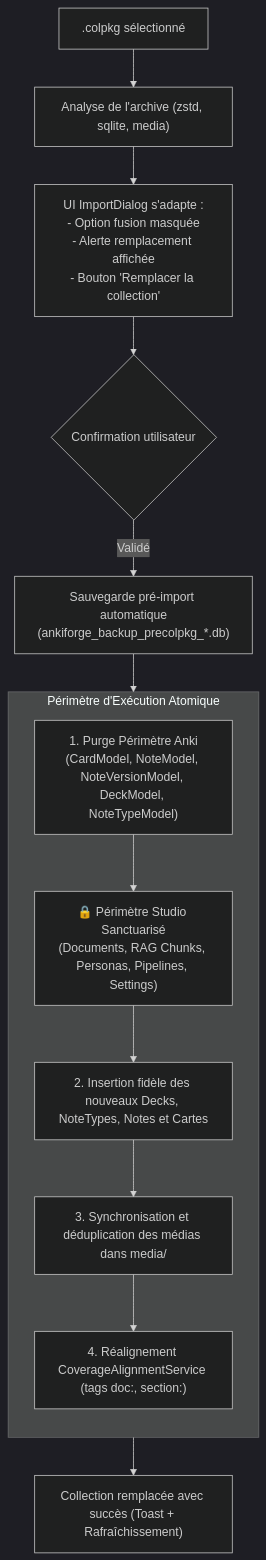
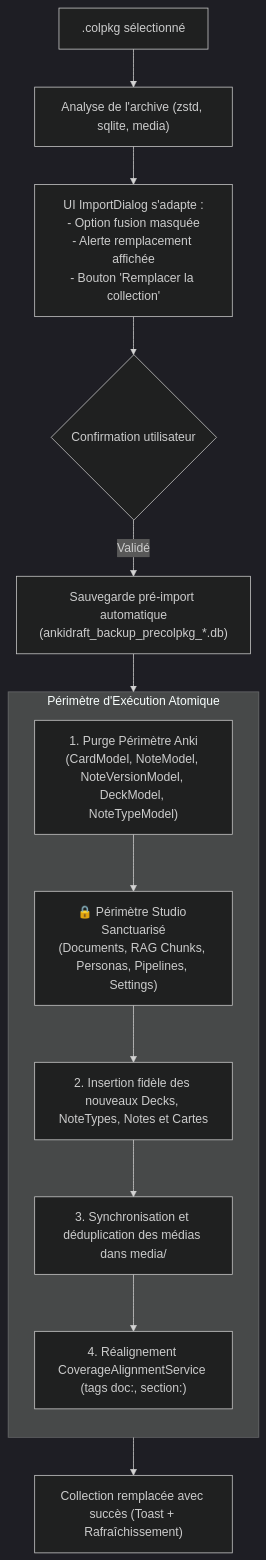
One commit to Skyl9/AnkiForge changed the diagram in docs/features/import_colpkg_remplacement_collection.md. Above: the diagram before and after it, drawn with Mermaid (dark theme). The commit also changed other lines of this file and 95 other files, not shown here.

````diff
--- a/docs/features/import_colpkg_remplacement_collection.md
+++ b/docs/features/import_colpkg_remplacement_collection.md
@@ -32,23 +32,23 @@
 ```mermaid
 flowchart TD
     Archive[".colpkg sélectionné"] --> CheckArchive["Analyse de l'archive (zstd, sqlite, media)"]
     CheckArchive --> UIAdapt["UI ImportDialog s'adapte :<br>- Option fusion masquée<br>- Alerte remplacement affichée<br>- Bouton 'Remplacer la collection'"]
     UIAdapt --> Confirm{"Confirmation utilisateur"}
-    Confirm -->|Validé| Backup["Sauvegarde pré-import automatique<br>(ankiforge_backup_precolpkg_*.db)"]
+    Confirm -->|Validé| Backup["Sauvegarde pré-import automatique<br>(ankidraft_backup_precolpkg_*.db)"]
     Backup --> AtomicTx["Transaction atomique db.atomic()"]
     
     subgraph AtomicTx["Périmètre d'Exécution Atomique"]
         direction TB
         Purge["1. Purge Périmètre Anki<br>(CardModel, NoteModel, NoteVersionModel, DeckModel, NoteTypeModel)"]
         KeepSafe["🔒 Périmètre Studio Sanctuarisé<br>(Documents, RAG Chunks, Personas, Pipelines, Settings)"]
         Inject["2. Insertion fidèle des nouveaux Decks, NoteTypes, Notes et Cartes"]
         MediaSync["3. Synchronisation et déduplication des médias dans media/"]
         TraceSync["4. Réalignement CoverageAlignmentService (tags doc:, section:)"]
         Purge --> KeepSafe
         KeepSafe --> Inject
         Inject --> MediaSync
         MediaSync --> TraceSync
     end
     
     AtomicTx --> Finished["Collection remplacée avec succès (Toast + Rafraîchissement)"]
 ```
````
